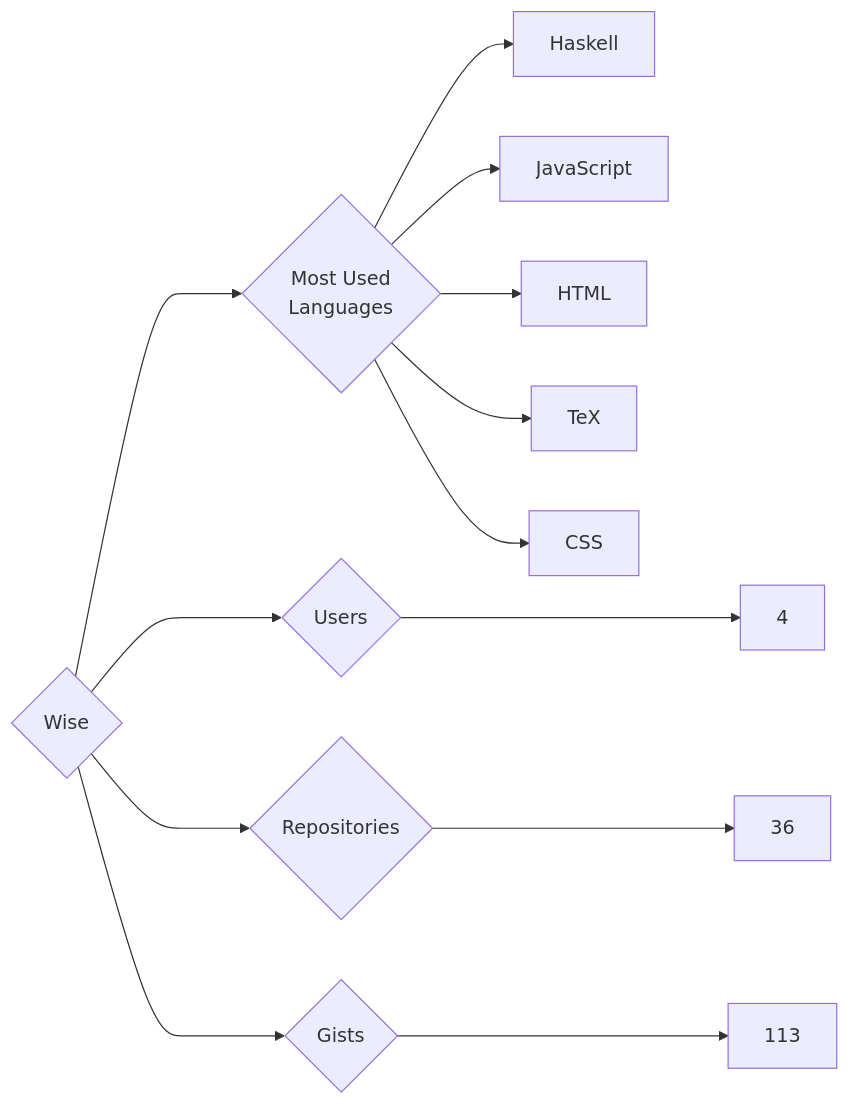
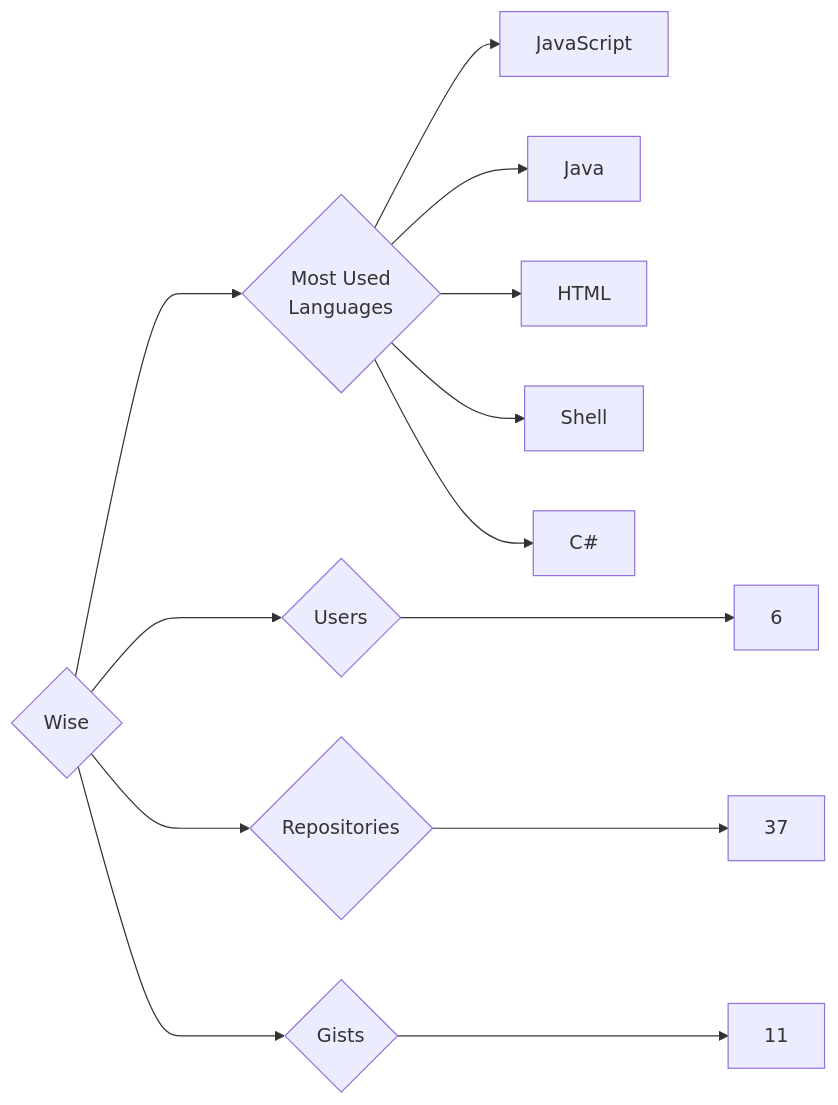
Before and after one commit to trickest/insiders: the diagram in targets/Wise/README.md, drawn with Mermaid. The commit also changed 1484 other files, not shown here.

````diff
--- a/targets/Wise/README.md
+++ b/targets/Wise/README.md
@@ -3,13 +3,13 @@
 ```mermaid
 graph LR
 COMPANY_NAME{Wise}
-COMPANY_NAME ---> U{Users} ---> UN[4]
-COMPANY_NAME ---> R{Repositories} ---> RN[36]
-COMPANY_NAME ---> G{Gists} ---> GN[113]
+COMPANY_NAME ---> U{Users} ---> UN[6]
+COMPANY_NAME ---> R{Repositories} ---> RN[37]
+COMPANY_NAME ---> G{Gists} ---> GN[11]
 COMPANY_NAME ---> ML{Most Used<br>Languages}
-ML --> Haskell[Haskell]
 ML --> JavaScript[JavaScript]
+ML --> Java[Java]
 ML --> HTML[HTML]
-ML --> TeX[TeX]
-ML --> CSS[CSS]
+ML --> Shell[Shell]
+ML --> C#[C#]
 ```
````
